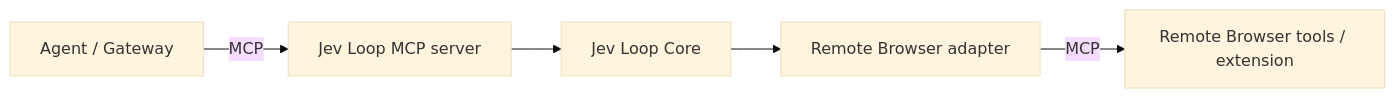
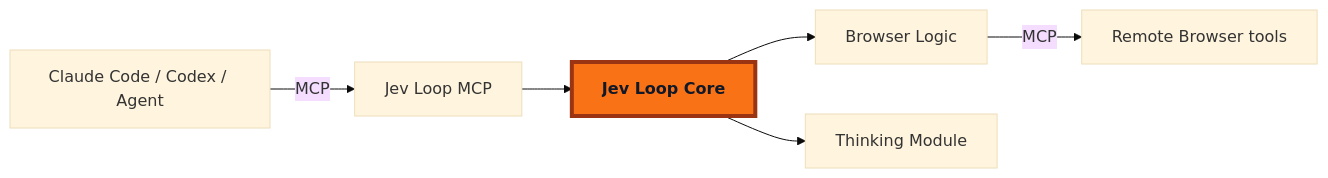
Before and after one commit to 0xMaxMa/claude-gateway: the diagram in website/guide/jev.md, drawn with Mermaid (base theme). The commit also changed other lines of this file and 16 other files, not shown here.

Commit message:
refactor: use built-in Jev Loop browser logic without adapter installation

````diff
--- a/website/guide/jev.md
+++ b/website/guide/jev.md
@@ -488,7 +473,10 @@
 ```mermaid
 flowchart LR
-  Agent[Agent / Gateway] -->|MCP| Loop[Jev Loop MCP server]
+  Agent[Claude Code / Codex / Agent] -->|MCP| Loop[Jev Loop MCP]
   Loop --> Core[Jev Loop Core]
-  Core --> Adapter[Remote Browser adapter]
-  Adapter -->|MCP| Browser[Remote Browser tools / extension]
+  Core --> Logic[Browser Logic]
+  Logic -->|MCP| Browser[Remote Browser tools]
+  Core --> Thinking[Thinking Module]
+  classDef core fill:#f97316,stroke:#9a3412,stroke-width:4px,color:#111827,font-weight:bold;
+  class Core core;
 ```
````
